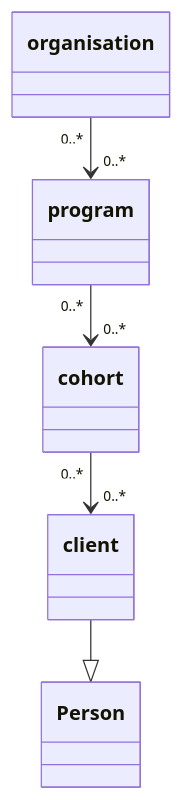
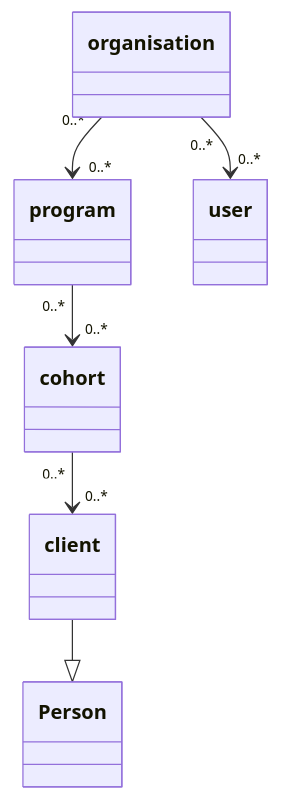
One commit to Qiksar/crudio changed the diagram in README.md. Above: the diagram before and after it, drawn with Mermaid. The commit also changed other lines of this file, not shown here.

````diff
--- a/README.md
+++ b/README.md
@@ -30,8 +45,8 @@
 ```mermaid
 classDiagram
-organisation "0..*"-->"0..*"program
+organisation "0..*"-->"0..*" program
+organisation "0..*"-->"0..*" user
 program "0..*" --> "0..*" cohort
 cohort "0..*" --> "0..*" client
 client --|> Person
-
 ```
````
